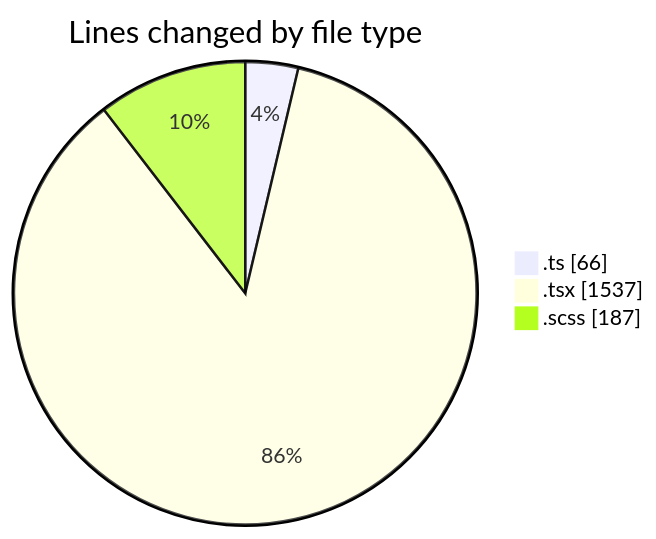
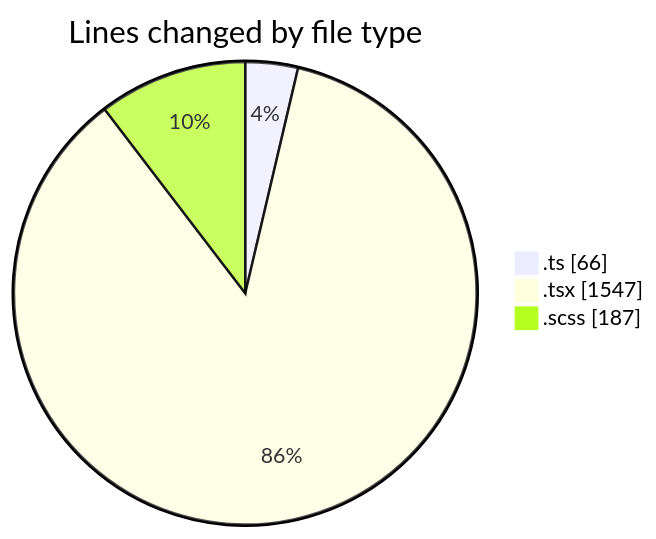
Before and after one commit to momahboobian/code-tracking: the first of 2 diagrams in 2025-03-21/cda/README.md, drawn with Mermaid. The commit also changed other lines of this file and 1 other file, not shown here.

````diff
--- a/2025-03-21/cda/README.md
+++ b/2025-03-21/cda/README.md
@@ -32,7 +32,7 @@
 ```mermaid
 pie showData
 title Lines changed by file type
 ".ts" : 66
-".tsx" : 1537
+".tsx" : 1547
 ".scss" : 187
 ```
````
